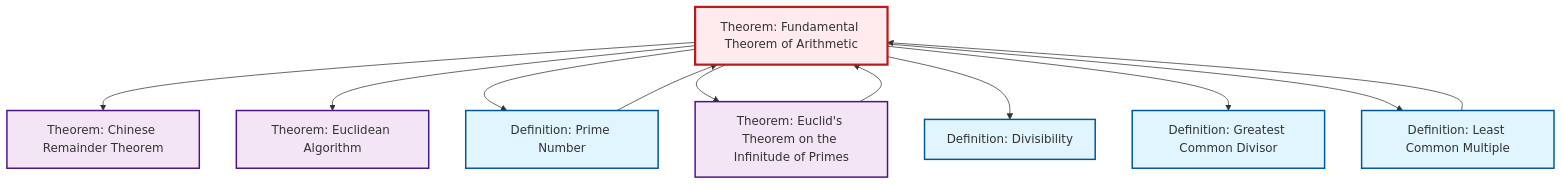
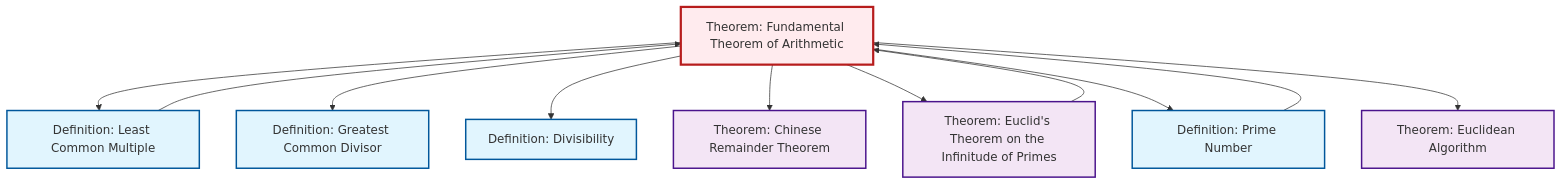
One commit to RK0429/ModernMath changed the diagram in content/en/number-theory/thm-fundamental-arithmetic.qmd. Above: the diagram before and after it, drawn with Mermaid. The commit also changed other lines of this file and 1069 other files, not shown here.

````diff
--- a/content/en/number-theory/thm-fundamental-arithmetic.qmd
+++ b/content/en/number-theory/thm-fundamental-arithmetic.qmd
@@ -72,35 +72,35 @@
 ```{mermaid}
 %%| fig-cap: "Local dependency graph"
 graph TD
     classDef definition fill:#e1f5fe,stroke:#01579b,stroke-width:2px
     classDef theorem fill:#f3e5f5,stroke:#4a148c,stroke-width:2px
     classDef axiom fill:#fff3e0,stroke:#e65100,stroke-width:2px
     classDef example fill:#e8f5e9,stroke:#1b5e20,stroke-width:2px
     classDef current fill:#ffebee,stroke:#b71c1c,stroke-width:3px
-    thm-chinese-remainder["Theorem: Chinese Remainder Theorem"]:::theorem
-    thm-euclidean-algorithm["Theorem: Euclidean Algorithm"]:::theorem
-    def-gcd["Definition: Greatest Common Divisor"]:::definition
     def-divisibility["Definition: Divisibility"]:::definition
     thm-fundamental-arithmetic["Theorem: Fundamental Theorem of Arithmetic"]:::theorem
     thm-euclid-infinitude-primes["Theorem: Euclid's Theorem on the Infinitude of Primes"]:::theorem
+    thm-euclidean-algorithm["Theorem: Euclidean Algorithm"]:::theorem
+    thm-chinese-remainder["Theorem: Chinese Remainder Theorem"]:::theorem
+    def-gcd["Definition: Greatest Common Divisor"]:::definition
     def-lcm["Definition: Least Common Multiple"]:::definition
     def-prime["Definition: Prime Number"]:::definition
-    def-prime --> thm-fundamental-arithmetic
-    thm-fundamental-arithmetic --> thm-chinese-remainder
-    thm-fundamental-arithmetic --> thm-euclidean-algorithm
-    thm-fundamental-arithmetic --> def-prime
-    def-lcm --> thm-fundamental-arithmetic
-    thm-fundamental-arithmetic --> thm-euclid-infinitude-primes
+    thm-fundamental-arithmetic --> def-lcm
+    thm-fundamental-arithmetic --> def-gcd
     thm-euclid-infinitude-primes --> thm-fundamental-arithmetic
     thm-fundamental-arithmetic --> def-divisibility
-    thm-fundamental-arithmetic --> def-gcd
-    thm-fundamental-arithmetic --> def-lcm
+    thm-fundamental-arithmetic --> thm-chinese-remainder
+    def-prime --> thm-fundamental-arithmetic
+    thm-fundamental-arithmetic --> thm-euclid-infinitude-primes
+    thm-fundamental-arithmetic --> def-prime
+    thm-fundamental-arithmetic --> thm-euclidean-algorithm
+    def-lcm --> thm-fundamental-arithmetic
     class thm-fundamental-arithmetic current
-    click thm-chinese-remainder "thm-chinese-remainder.html" "Go to Chinese Remainder Theorem theorem"
-    click thm-euclidean-algorithm "thm-euclidean-algorithm.html" "Go to Euclidean Algorithm theorem"
-    click def-gcd "def-gcd.html" "Go to Greatest Common Divisor definition"
     click def-divisibility "def-divisibility.html" "Go to Divisibility definition"
     click thm-euclid-infinitude-primes "thm-euclid-infinitude-primes.html" "Go to Euclid's Theorem on the Infinitude of Primes theorem"
+    click thm-euclidean-algorithm "thm-euclidean-algorithm.html" "Go to Euclidean Algorithm theorem"
+    click thm-chinese-remainder "thm-chinese-remainder.html" "Go to Chinese Remainder Theorem theorem"
+    click def-gcd "def-gcd.html" "Go to Greatest Common Divisor definition"
     click def-lcm "def-lcm.html" "Go to Least Common Multiple definition"
     click def-prime "def-prime.html" "Go to Prime Number definition"
 ```
````
